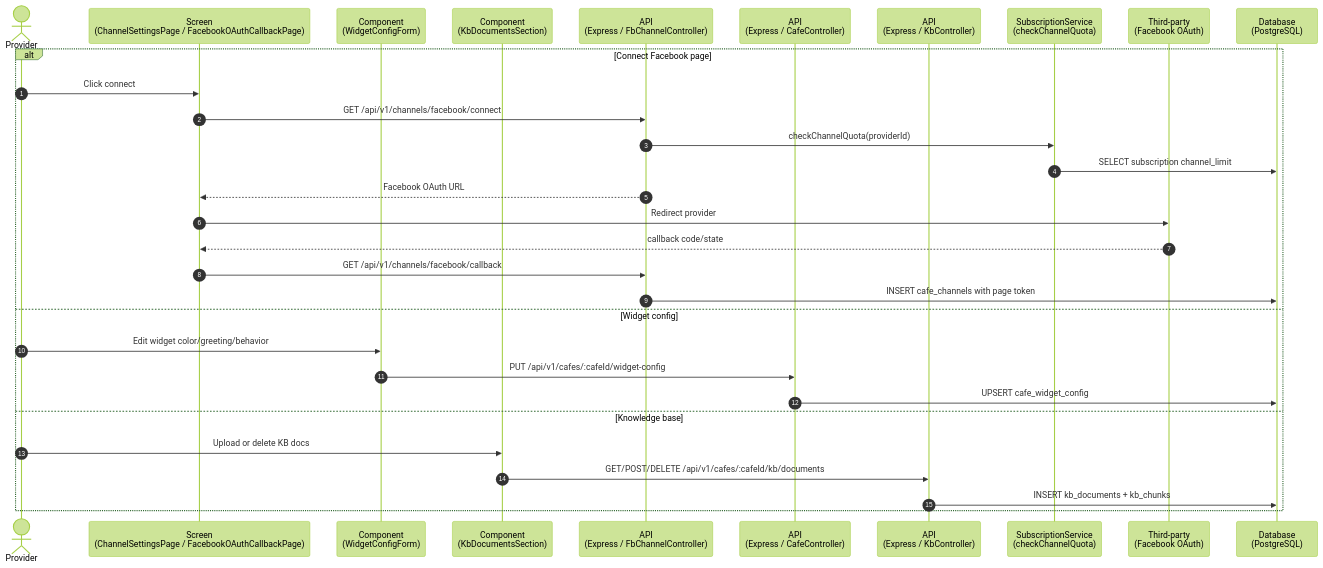
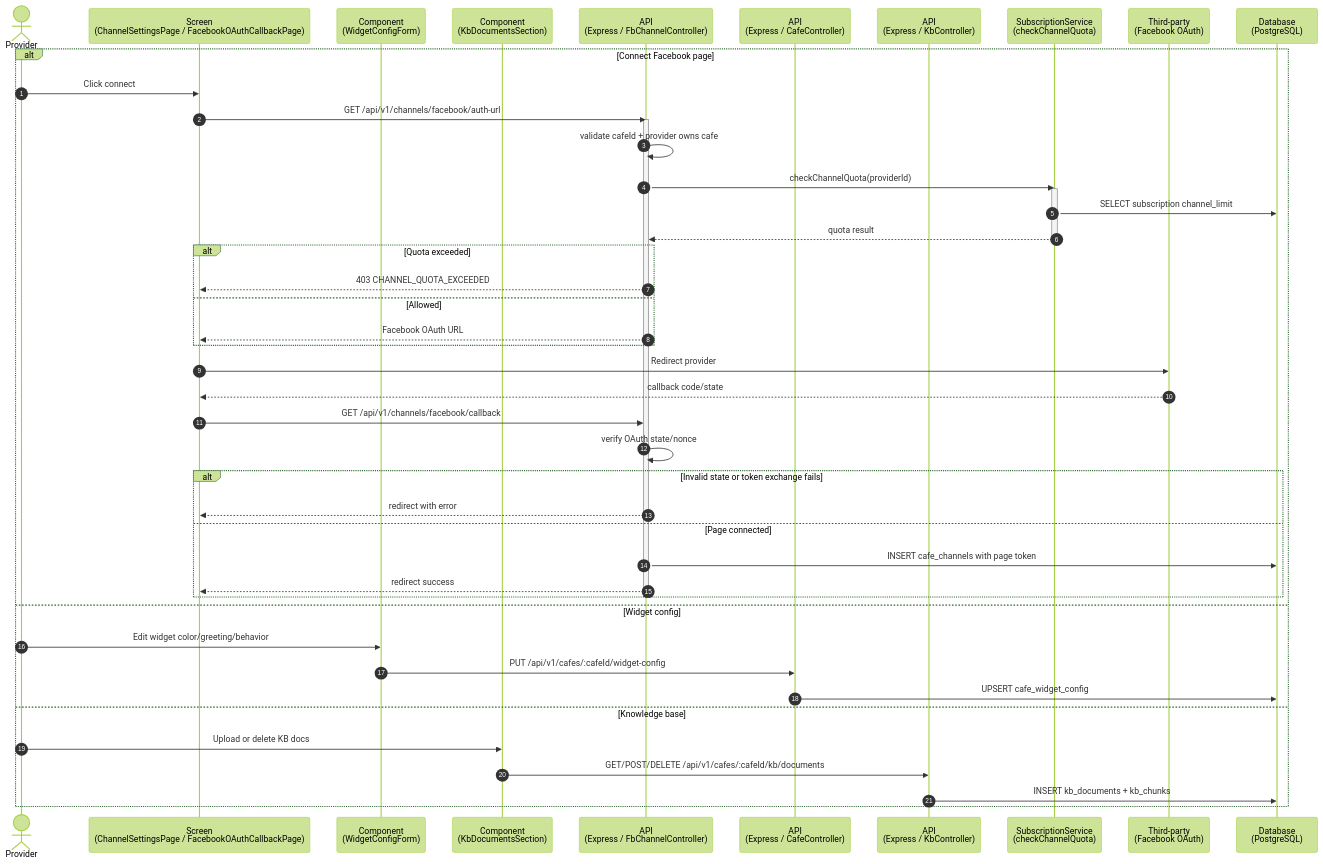
Before and after one commit to RCField-SEP490/rcfield-spec: the sixth of 8 diagrams in docs/diagrams/sequence/sequence-flow-provider-operations.md, drawn with Mermaid (forest theme). The commit also changed other lines of this file and 101 other files, not shown here.

````diff
--- a/docs/diagrams/sequence/sequence-flow-provider-operations.md
+++ b/docs/diagrams/sequence/sequence-flow-provider-operations.md
@@ -205,34 +315,50 @@
 ```mermaid
 sequenceDiagram
     autonumber
     actor P as Provider
     participant Channel as Screen<br/>(ChannelSettingsPage / FacebookOAuthCallbackPage)
     participant Widget as Component<br/>(WidgetConfigForm)
     participant KB as Component<br/>(KbDocumentsSection)
     participant ChannelAPI as API<br/>(Express / FbChannelController)
     participant CafeAPI as API<br/>(Express / CafeController)
     participant KbAPI as API<br/>(Express / KbController)
     participant Quota as SubscriptionService<br/>(checkChannelQuota)
     participant FB as Third-party<br/>(Facebook OAuth)
     participant DB as Database<br/>(PostgreSQL)
 
     alt Connect Facebook page
         P->>Channel: Click connect
-        Channel->>ChannelAPI: GET /api/v1/channels/facebook/connect
+        Channel->>ChannelAPI: GET /api/v1/channels/facebook/auth-url
+        activate ChannelAPI
+        ChannelAPI->>ChannelAPI: validate cafeId + provider owns cafe
         ChannelAPI->>Quota: checkChannelQuota(providerId)
+        activate Quota
         Quota->>DB: SELECT subscription channel_limit
+        Quota-->>ChannelAPI: quota result
+        deactivate Quota
+        alt Quota exceeded
+            ChannelAPI-->>Channel: 403 CHANNEL_QUOTA_EXCEEDED
+        else Allowed
         ChannelAPI-->>Channel: Facebook OAuth URL
+        end
         Channel->>FB: Redirect provider
         FB-->>Channel: callback code/state
         Channel->>ChannelAPI: GET /api/v1/channels/facebook/callback
+        ChannelAPI->>ChannelAPI: verify OAuth state/nonce
+        alt Invalid state or token exchange fails
+            ChannelAPI-->>Channel: redirect with error
+        else Page connected
         ChannelAPI->>DB: INSERT cafe_channels with page token
+        ChannelAPI-->>Channel: redirect success
+        end
+        deactivate ChannelAPI
     else Widget config
         P->>Widget: Edit widget color/greeting/behavior
         Widget->>CafeAPI: PUT /api/v1/cafes/:cafeId/widget-config
         CafeAPI->>DB: UPSERT cafe_widget_config
     else Knowledge base
         P->>KB: Upload or delete KB docs
         KB->>KbAPI: GET/POST/DELETE /api/v1/cafes/:cafeId/kb/documents
         KbAPI->>DB: INSERT kb_documents + kb_chunks
     end
 ```
````
